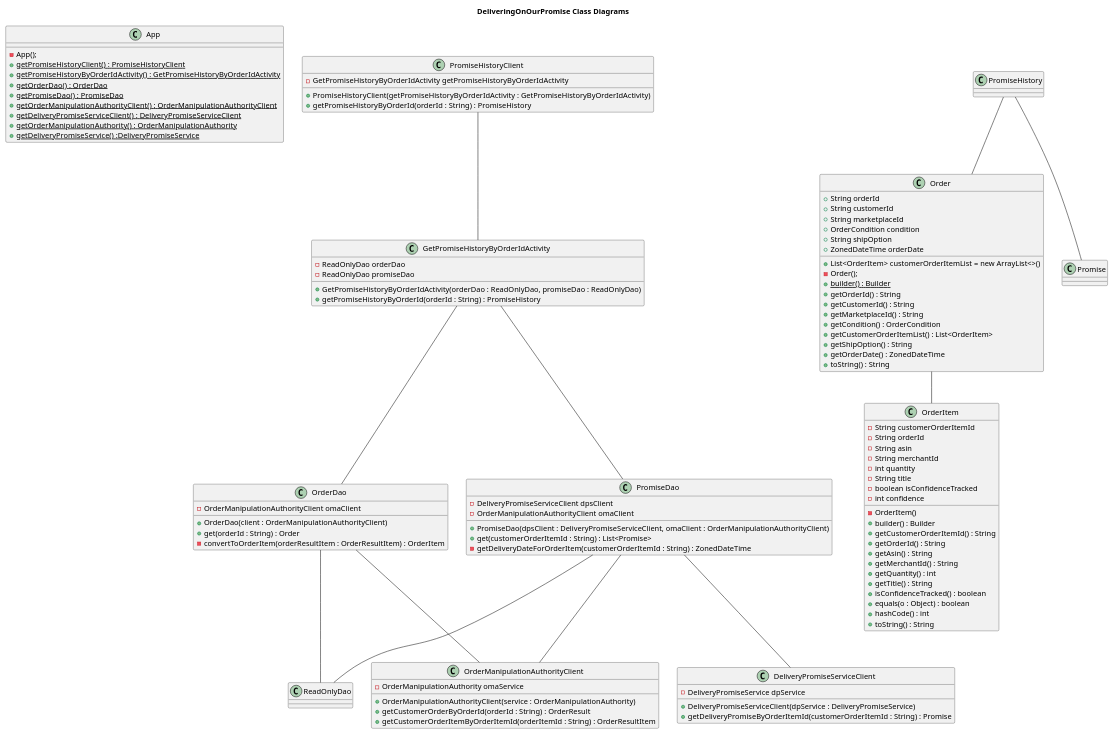
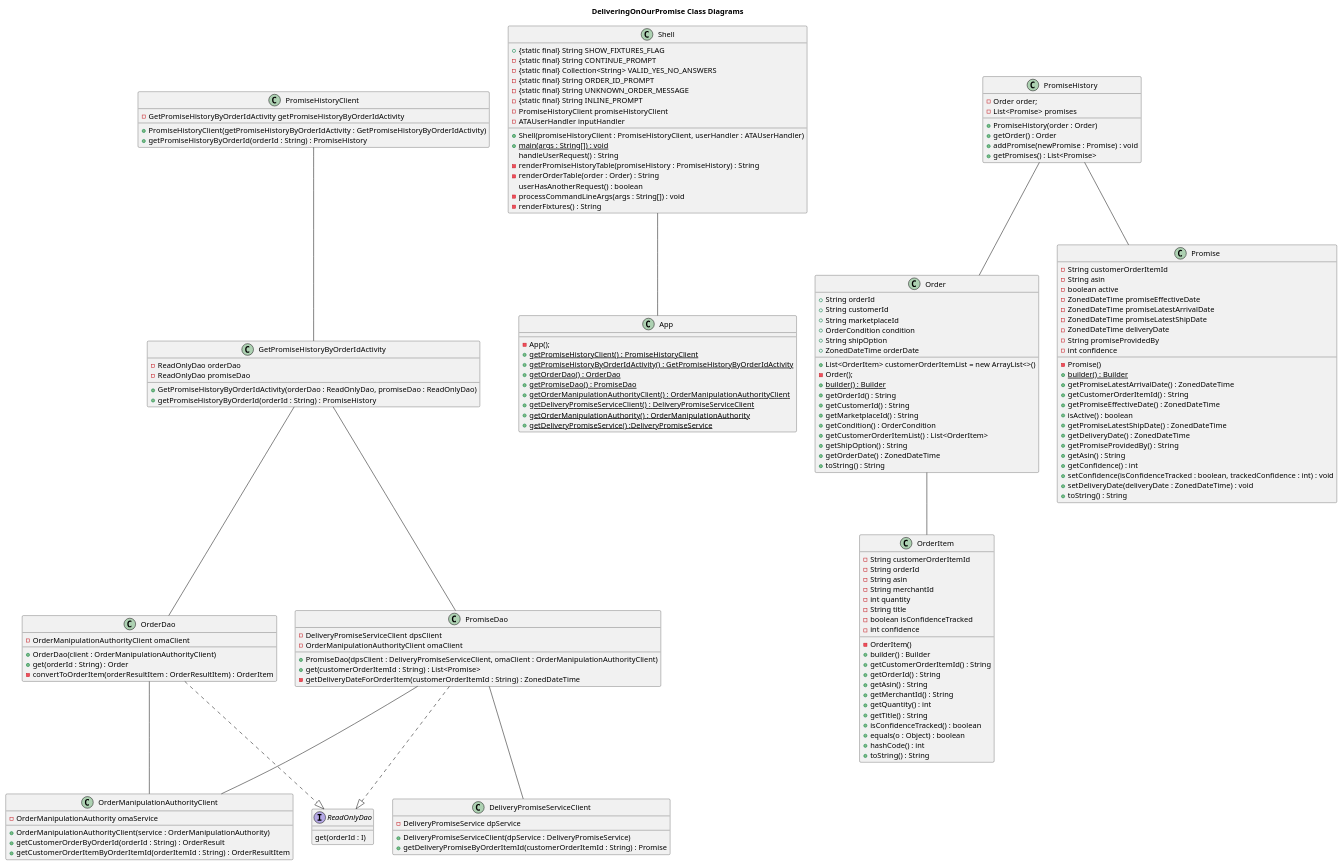
The diagram in src/resources/deliveringonourpromise_CD.puml (brianjknight/Delivery-Promise-Project), drawn with PlantUML before and after one commit. The commit also changed 9 other files, not shown here.

```diff
--- a/src/resources/deliveringonourpromise_CD.puml
+++ b/src/resources/deliveringonourpromise_CD.puml
@@ -1,131 +1,171 @@
 @startuml
 title DeliveringOnOurPromise Class Diagrams
 
-'class Shell{
-'    + {static final} String SHOW_FIXTURES_FLAG
-'    - {static final} String CONTINUE_PROMPT
-'    - {static final} Collection<String> VALID_YES_NO_ANSWERS
-'    - {static final} String ORDER_ID_PROMPT
-'    - {static final} String UNKNOWN_ORDER_MESSAGE
-'    - {static final} String INLINE_PROMPT
-'    -PromiseHistoryClient promiseHistoryClient
-'    -ATAUserHandler inputHandler
-'    +Shell(promiseHistoryClient : PromiseHistoryClient, userHandler : ATAUserHandler)
-'    + {static} main(args : String[]) : void
-'    handleUserRequest() : String
-'    -renderPromiseHistoryTable(promiseHistory : PromiseHistory) : String
-'    -renderOrderTable(order : Order) : String
-'    userHasAnotherRequest() : boolean
-'    -processCommandLineArgs(args : String[]) : void
-'    -renderFixtures() : String
-'}
+interface ReadOnlyDao{
+    get(orderId : I)
+}
+
+class Shell{
+    + {static final} String SHOW_FIXTURES_FLAG
+    - {static final} String CONTINUE_PROMPT
+    - {static final} Collection<String> VALID_YES_NO_ANSWERS
+    - {static final} String ORDER_ID_PROMPT
+    - {static final} String UNKNOWN_ORDER_MESSAGE
+    - {static final} String INLINE_PROMPT
+    -PromiseHistoryClient promiseHistoryClient
+    -ATAUserHandler inputHandler
+    +Shell(promiseHistoryClient : PromiseHistoryClient, userHandler : ATAUserHandler)
+    + {static} main(args : String[]) : void
+    handleUserRequest() : String
+    -renderPromiseHistoryTable(promiseHistory : PromiseHistory) : String
+    -renderOrderTable(order : Order) : String
+    userHasAnotherRequest() : boolean
+    -processCommandLineArgs(args : String[]) : void
+    -renderFixtures() : String
+}
 
 class App {
     -App();
     + {static} getPromiseHistoryClient() : PromiseHistoryClient
     + {static} getPromiseHistoryByOrderIdActivity() : GetPromiseHistoryByOrderIdActivity
     + {static} getOrderDao() : OrderDao
     + {static} getPromiseDao() : PromiseDao
     + {static} getOrderManipulationAuthorityClient() : OrderManipulationAuthorityClient
     + {static} getDeliveryPromiseServiceClient() : DeliveryPromiseServiceClient
     + {static} getOrderManipulationAuthority() : OrderManipulationAuthority
     + {static} getDeliveryPromiseService() :DeliveryPromiseService
 }
 
 class GetPromiseHistoryByOrderIdActivity{
     -ReadOnlyDao orderDao
     -ReadOnlyDao promiseDao
     +GetPromiseHistoryByOrderIdActivity(orderDao : ReadOnlyDao, promiseDao : ReadOnlyDao)
     +getPromiseHistoryByOrderId(orderId : String) : PromiseHistory
 }
 
 class OrderDao{
     -OrderManipulationAuthorityClient omaClient
     +OrderDao(client : OrderManipulationAuthorityClient)
     +get(orderId : String) : Order
     -convertToOrderItem(orderResultItem : OrderResultItem) : OrderItem
 }
 
 class PromiseDao{
     -DeliveryPromiseServiceClient dpsClient
     -OrderManipulationAuthorityClient omaClient
     +PromiseDao(dpsClient : DeliveryPromiseServiceClient, omaClient : OrderManipulationAuthorityClient)
     +get(customerOrderItemId : String) : List<Promise>
     -getDeliveryDateForOrderItem(customerOrderItemId : String) : ZonedDateTime
 }
 
 class OrderManipulationAuthorityClient{
     -OrderManipulationAuthority omaService
     +OrderManipulationAuthorityClient(service : OrderManipulationAuthority)
     +getCustomerOrderByOrderId(orderId : String) : OrderResult
     +getCustomerOrderItemByOrderItemId(orderItemId : String) : OrderResultItem
 }
 
 class DeliveryPromiseServiceClient{
     -DeliveryPromiseService dpService
     +DeliveryPromiseServiceClient(dpService : DeliveryPromiseService)
     +getDeliveryPromiseByOrderItemId(customerOrderItemId : String) : Promise
 }
 
 class PromiseHistoryClient{
     -GetPromiseHistoryByOrderIdActivity getPromiseHistoryByOrderIdActivity
     +PromiseHistoryClient(getPromiseHistoryByOrderIdActivity : GetPromiseHistoryByOrderIdActivity)
     +getPromiseHistoryByOrderId(orderId : String) : PromiseHistory
 }
 
 class Order {
     +String orderId
     +String customerId
     +String marketplaceId
     +OrderCondition condition
     +List<OrderItem> customerOrderItemList = new ArrayList<>()
     +String shipOption
     +ZonedDateTime orderDate
     -Order();
     + {static} builder() : Builder
     +getOrderId() : String
     +getCustomerId() : String
     +getMarketplaceId() : String
     +getCondition() : OrderCondition
     +getCustomerOrderItemList() : List<OrderItem>
     +getShipOption() : String
     +getOrderDate() : ZonedDateTime
     +toString() : String
 }
 
 class OrderItem{
     -String customerOrderItemId
     -String orderId
     -String asin
     -String merchantId
     -int quantity
     -String title
     -boolean isConfidenceTracked
     -int confidence
     -OrderItem()
     +builder() : Builder
     +getCustomerOrderItemId() : String
     +getOrderId() : String
     +getAsin() : String
     +getMerchantId() : String
     +getQuantity() : int
     +getTitle() : String
     +isConfidenceTracked() : boolean
     +equals(o : Object) : boolean
     +hashCode() : int
     +toString() : String
 }
 
+class Promise{
+    -String customerOrderItemId
+    -String asin
+    -boolean active
+    -ZonedDateTime promiseEffectiveDate
+    -ZonedDateTime promiseLatestArrivalDate
+    -ZonedDateTime promiseLatestShipDate
+    -ZonedDateTime deliveryDate
+    -String promiseProvidedBy
+    -int confidence
+    -Promise()
+    + {static} builder() : Builder
+    +getPromiseLatestArrivalDate() : ZonedDateTime
+    +getCustomerOrderItemId() : String
+    +getPromiseEffectiveDate() : ZonedDateTime
+    +isActive() : boolean
+    +getPromiseLatestShipDate() : ZonedDateTime
+    +getDeliveryDate() : ZonedDateTime
+    +getPromiseProvidedBy() : String
+    +getAsin() : String
+    +getConfidence() : int
+    +setConfidence(isConfidenceTracked : boolean, trackedConfidence : int) : void
+    +setDeliveryDate(deliveryDate : ZonedDateTime) : void
+    +toString() : String
+ }
+
+class PromiseHistory{
+    -Order order;
+    -List<Promise> promises
+    +PromiseHistory(order : Order)
+    +getOrder() : Order
+    +addPromise(newPromise : Promise) : void
+    +getPromises() : List<Promise>
+}
+
+Shell -- App
 PromiseHistoryClient -- GetPromiseHistoryByOrderIdActivity
 GetPromiseHistoryByOrderIdActivity -- OrderDao
 GetPromiseHistoryByOrderIdActivity -- PromiseDao
 OrderDao -- OrderManipulationAuthorityClient
 PromiseDao -- OrderManipulationAuthorityClient
 PromiseDao -- DeliveryPromiseServiceClient
-PromiseDao -- ReadOnlyDao
-OrderDao -- ReadOnlyDao
 Order -- OrderItem
 PromiseHistory -- Promise
 PromiseHistory -- Order
+PromiseDao ..|> ReadOnlyDao
+OrderDao ..|> ReadOnlyDao
 
 @enduml
```
